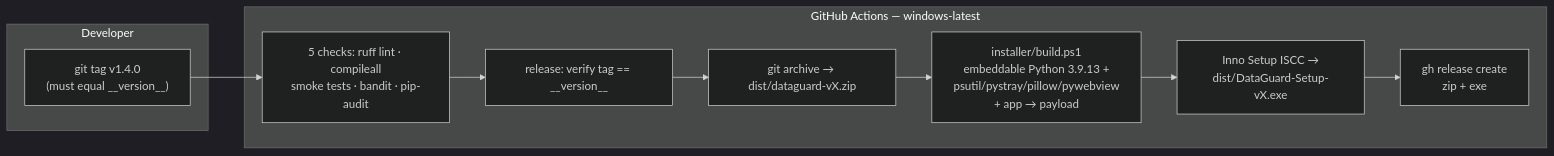
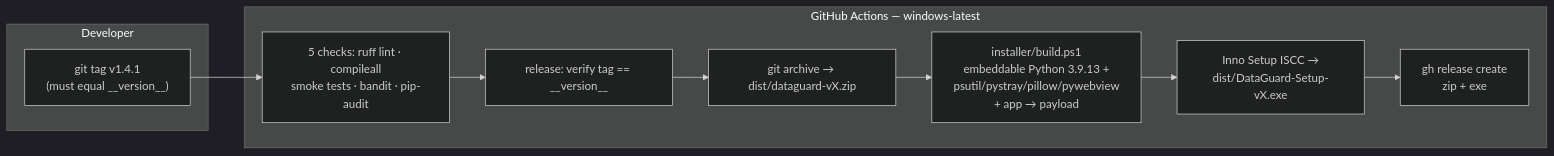
One commit to yassine808/network-tracker changed the seventh of 7 diagrams in README.md. Above: the diagram before and after it, drawn with Mermaid (dark theme). The commit also changed other lines of this file and 6 other files, not shown here.

````diff
--- a/README.md
+++ b/README.md
@@ -499,17 +515,17 @@
 ```mermaid
 flowchart LR
     subgraph DEV["Developer"]
-        T["git tag v1.4.0<br/>(must equal __version__)"]
+        T["git tag v1.4.1<br/>(must equal __version__)"]
     end
 
     subgraph CI["GitHub Actions — windows-latest"]
         C1["5 checks: ruff lint · compileall<br/>smoke tests · bandit · pip-audit"]
         C2["release: verify tag == __version__"]
         C3["git archive → dist/dataguard-vX.zip"]
         C4["installer/build.ps1<br/>embeddable Python 3.9.13 +<br/>psutil/pystray/pillow/pywebview<br/>+ app → payload"]
         C5["Inno Setup ISCC →<br/>dist/DataGuard-Setup-vX.exe"]
         C6["gh release create<br/>zip + exe"]
     end
 
     T --> C1 --> C2 --> C3 --> C4 --> C5 --> C6
 ```
````
